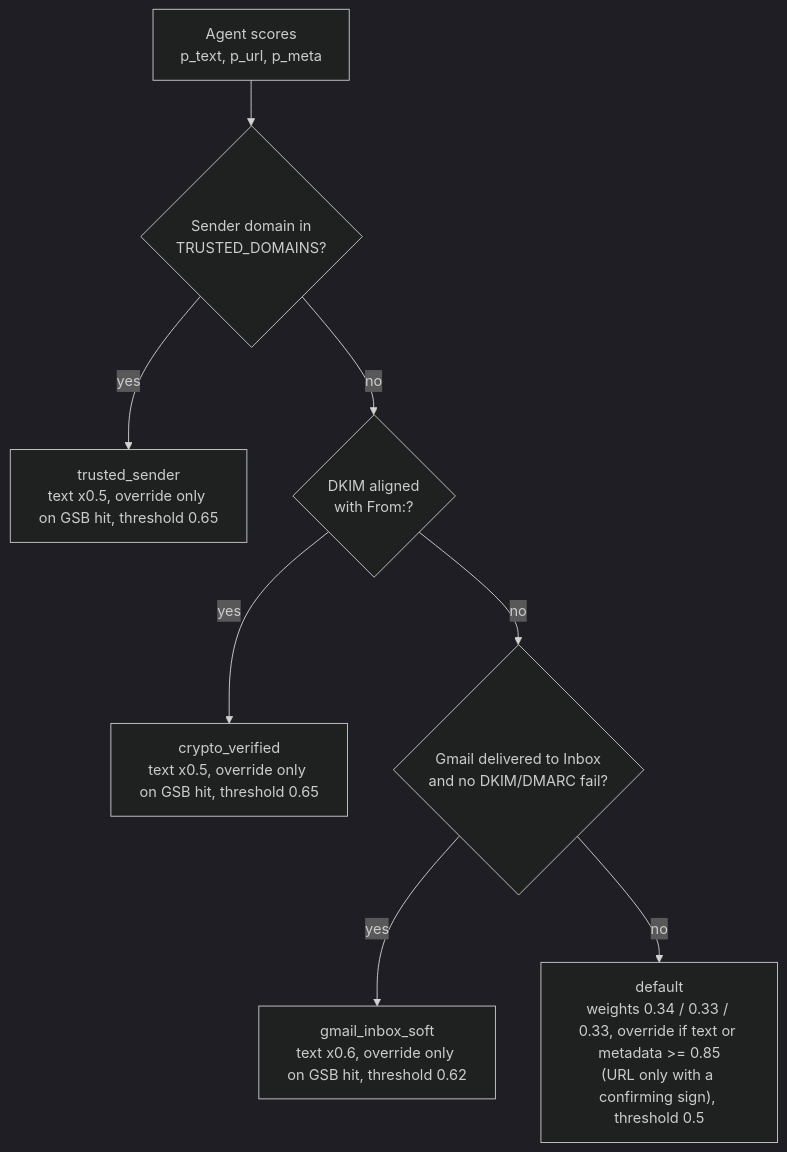
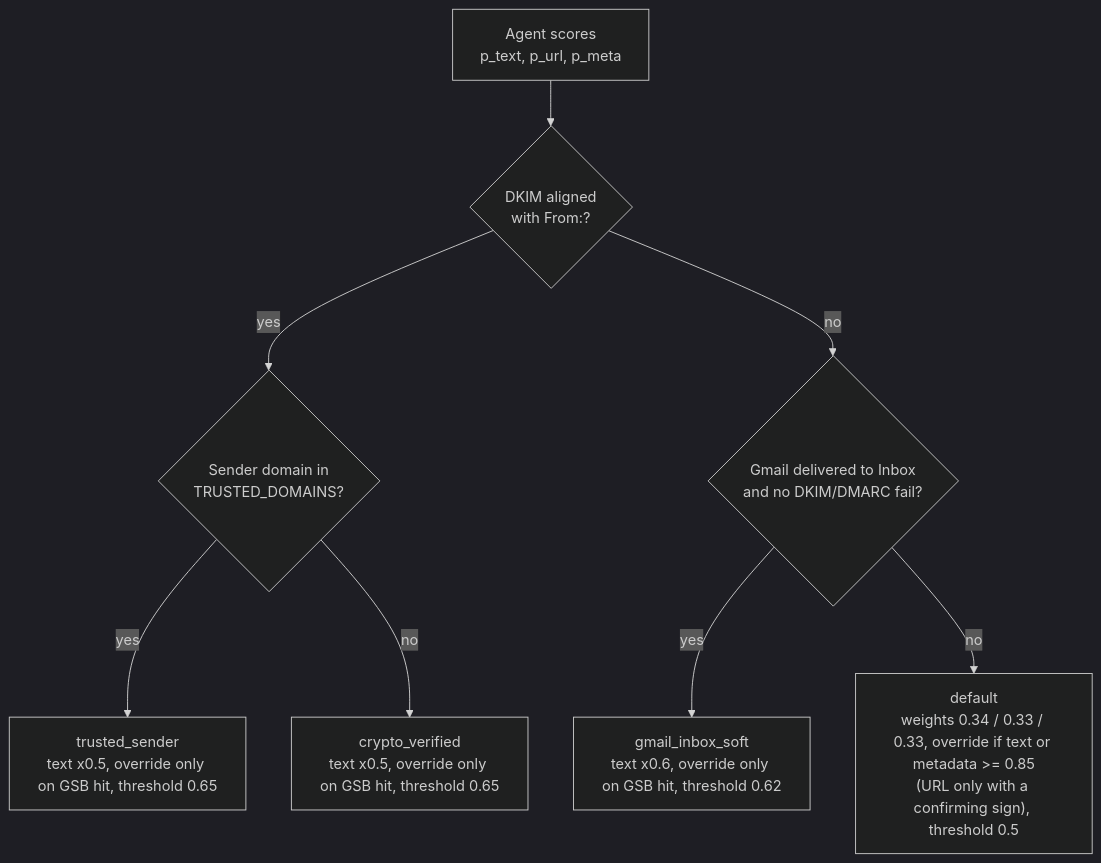
The third of 4 diagrams in docs/architecture.md (AnzouK/PhishLens), drawn with Mermaid (dark theme) before and after one commit. The commit also changed other lines of this file and 10 other files, not shown here.

````diff
--- a/docs/architecture.md
+++ b/docs/architecture.md
@@ -82,10 +82,10 @@
 ```mermaid
 flowchart TD
-    S["Agent scores<br/>p_text, p_url, p_meta"] --> T{"Sender domain in<br/>TRUSTED_DOMAINS?"}
+    S["Agent scores<br/>p_text, p_url, p_meta"] --> C{"DKIM aligned<br/>with From:?"}
+    C -- yes --> T{"Sender domain in<br/>TRUSTED_DOMAINS?"}
     T -- yes --> P1["trusted_sender<br/>text x0.5, override only on GSB hit, threshold 0.65"]
-    T -- no --> C{"DKIM aligned<br/>with From:?"}
-    C -- yes --> P2["crypto_verified<br/>text x0.5, override only on GSB hit, threshold 0.65"]
+    T -- no --> P2["crypto_verified<br/>text x0.5, override only on GSB hit, threshold 0.65"]
     C -- no --> I{"Gmail delivered to Inbox<br/>and no DKIM/DMARC fail?"}
     I -- yes --> P3["gmail_inbox_soft<br/>text x0.6, override only on GSB hit, threshold 0.62"]
     I -- no --> P4["default<br/>weights 0.34 / 0.33 / 0.33, override if text or metadata >= 0.85<br/>(URL only with a confirming sign), threshold 0.5"]
 ```
````
